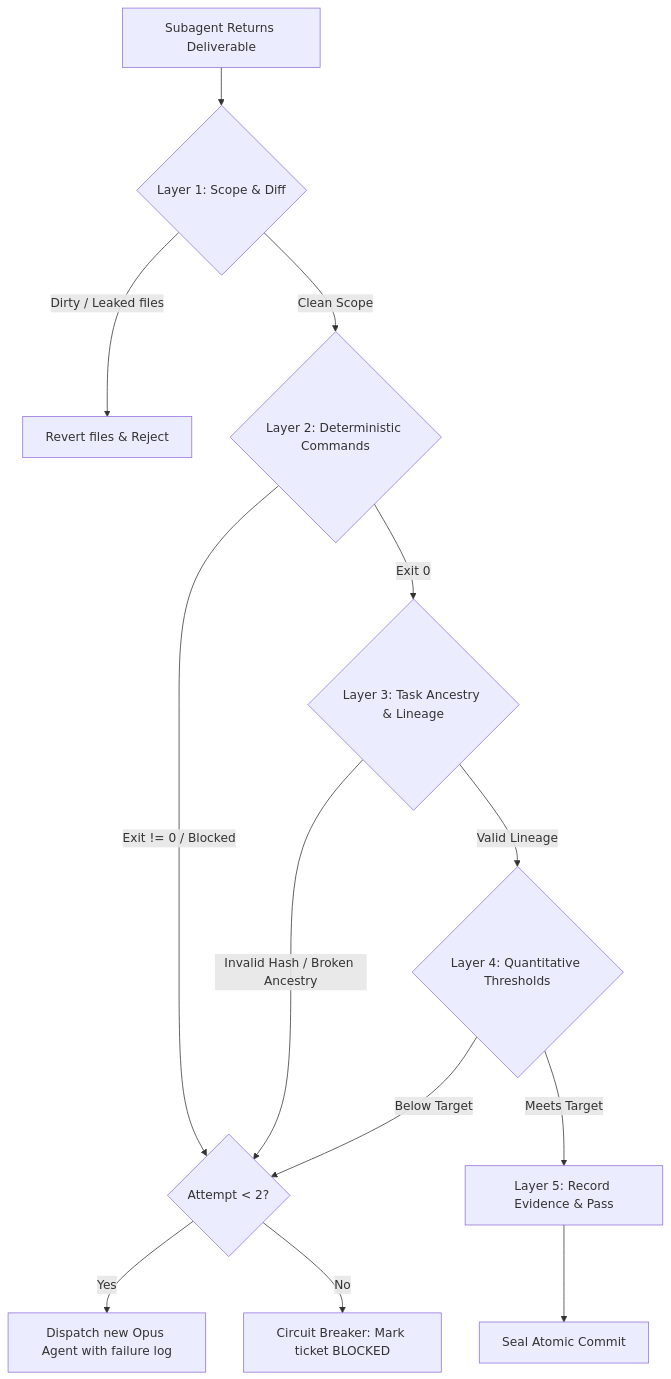
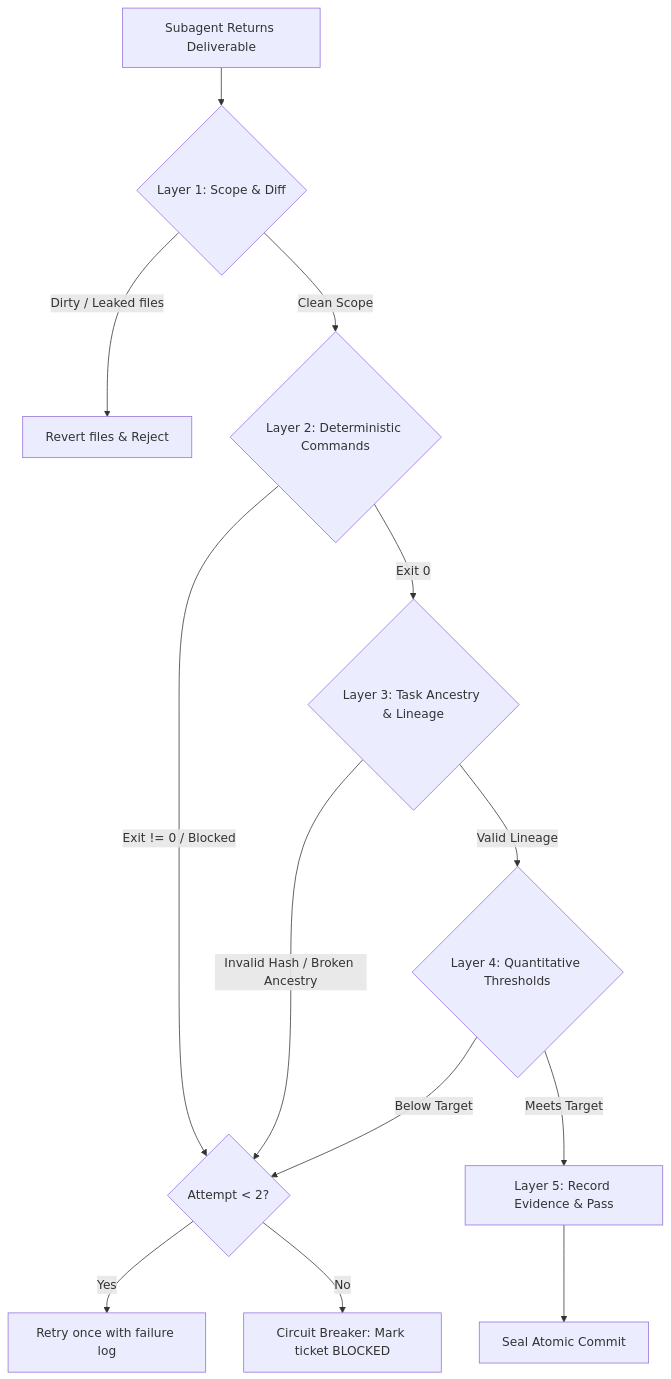
The diagram in skills/orchestrate/gate.md (EduardoShibukawa/G-Inga), drawn with Mermaid before and after one commit. The commit also changed other lines of this file and 7 other files, not shown here.

````diff
--- a/skills/orchestrate/gate.md
+++ b/skills/orchestrate/gate.md
@@ -9,17 +9,17 @@
 ```mermaid
 flowchart TD
     SUB[Subagent Returns Deliverable] --> L1{Layer 1: Scope & Diff}
     L1 -->|Dirty / Leaked files| R1[Revert files & Reject]
     L1 -->|Clean Scope| L2{Layer 2: Deterministic Commands}
     
     L2 -->|Exit != 0 / Blocked| RET{Attempt < 2?}
-    RET -->|Yes| FDB[Dispatch new Opus Agent with failure log]
+    RET -->|Yes| FDB[Retry once with failure log]
     RET -->|No| CB[Circuit Breaker: Mark ticket BLOCKED]
     
     L2 -->|Exit 0| L3{Layer 3: Task Ancestry & Lineage}
     L3 -->|Invalid Hash / Broken Ancestry| RET
     L3 -->|Valid Lineage| L4{Layer 4: Quantitative Thresholds}
     L4 -->|Below Target| RET
     L4 -->|Meets Target| L5[Layer 5: Record Evidence & Pass]
     L5 --> COMMIT[Seal Atomic Commit]
 ```
````
